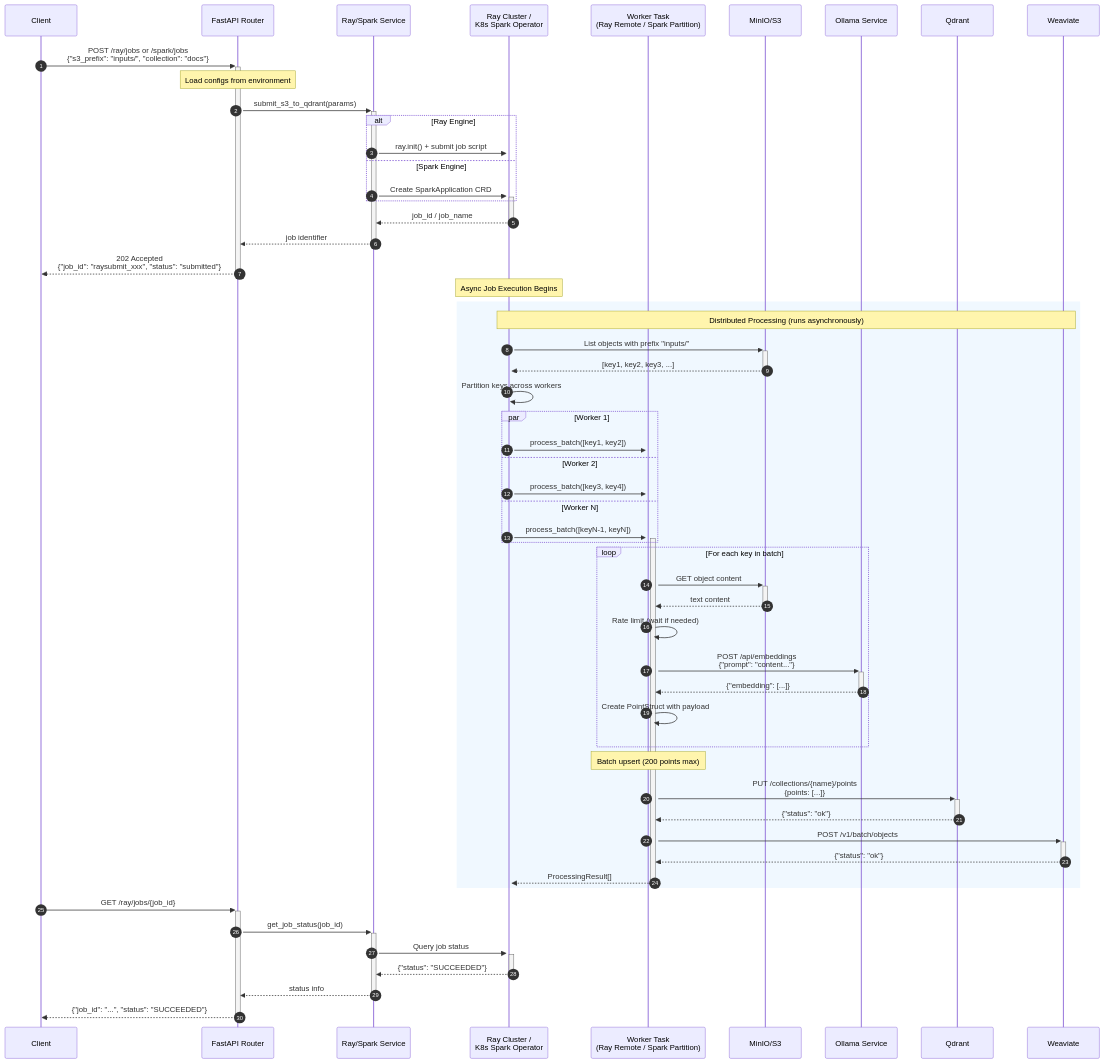
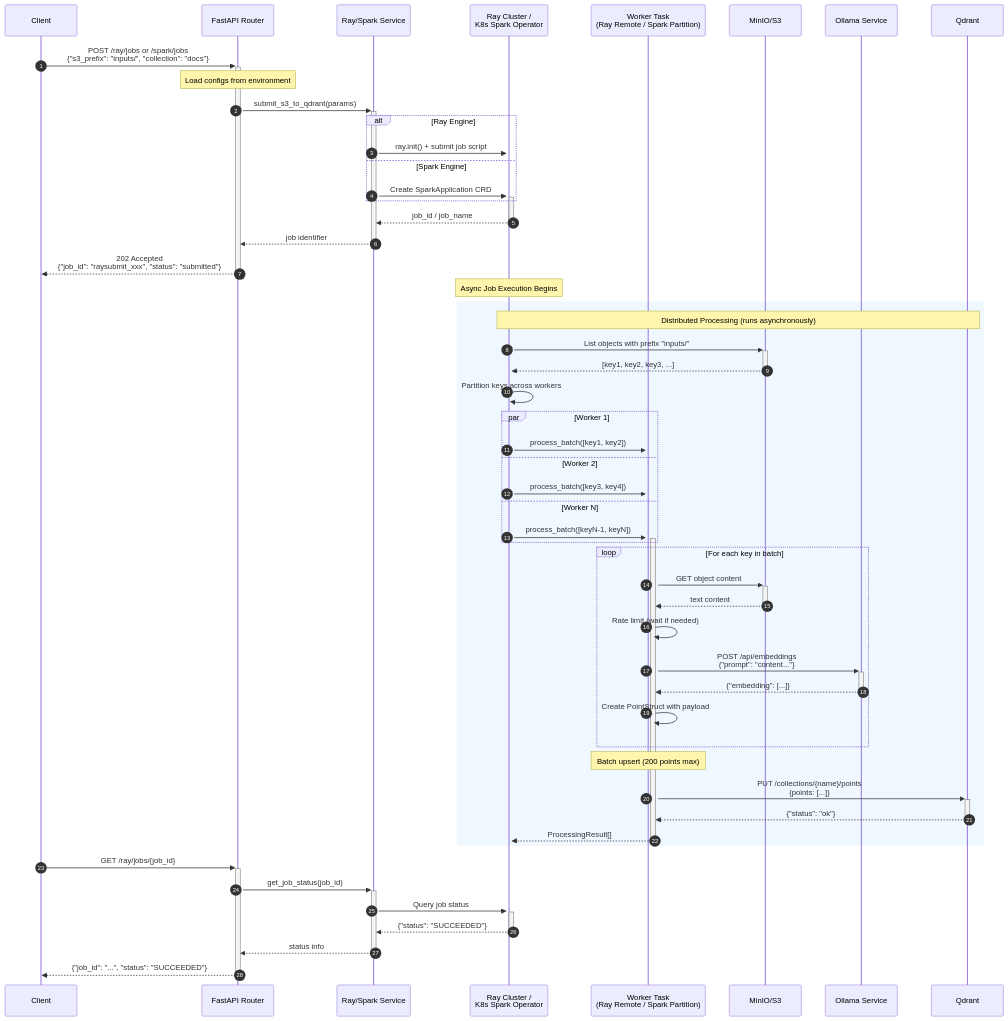
The diagram in charts/ingestion-engine-sequence.md (gt-sse-center/iNatInq), drawn with Mermaid before and after one commit. The commit also changed other lines of this file and 75 other files, not shown here.

````diff
--- a/charts/ingestion-engine-sequence.md
+++ b/charts/ingestion-engine-sequence.md
@@ -3,77 +3,73 @@
 ```mermaid
 sequenceDiagram
     autonumber
     participant C as Client
     participant API as FastAPI Router
     participant SVC as Ray/Spark Service
     participant Cluster as Ray Cluster /<br/>K8s Spark Operator
     participant Worker as Worker Task<br/>(Ray Remote / Spark Partition)
     participant S3 as MinIO/S3
     participant Ollama as Ollama Service
     participant Qdrant as Qdrant
-    participant Weaviate as Weaviate
 
     C->>+API: POST /ray/jobs or /spark/jobs<br/>{"s3_prefix": "inputs/", "collection": "docs"}
 
     Note over API: Load configs from environment
     
     API->>+SVC: submit_s3_to_qdrant(params)
     
     alt Ray Engine
         SVC->>+Cluster: ray.init() + submit job script
     else Spark Engine
         SVC->>+Cluster: Create SparkApplication CRD
     end
     
     Cluster-->>-SVC: job_id / job_name
     SVC-->>-API: job identifier
     API-->>-C: 202 Accepted<br/>{"job_id": "raysubmit_xxx", "status": "submitted"}
 
     Note over Cluster: Async Job Execution Begins
 
     rect rgb(240, 248, 255)
-        Note over Cluster,Weaviate: Distributed Processing (runs asynchronously)
+        Note over Cluster,Qdrant: Distributed Processing (runs asynchronously)
         
         Cluster->>+S3: List objects with prefix "inputs/"
         S3-->>-Cluster: [key1, key2, key3, ...]
         
         Cluster->>Cluster: Partition keys across workers
         
         par Worker 1
             Cluster->>+Worker: process_batch([key1, key2])
         and Worker 2
             Cluster->>+Worker: process_batch([key3, key4])
         and Worker N
             Cluster->>+Worker: process_batch([keyN-1, keyN])
         end
         
         loop For each key in batch
             Worker->>+S3: GET object content
             S3-->>-Worker: text content
             
             Worker->>Worker: Rate limit (wait if needed)
             
             Worker->>+Ollama: POST /api/embeddings<br/>{"prompt": "content..."}
             Ollama-->>-Worker: {"embedding": [...]}
             
             Worker->>Worker: Create PointStruct with payload
         end
         
         Note over Worker: Batch upsert (200 points max)
         
         Worker->>+Qdrant: PUT /collections/{name}/points<br/>{points: [...]}
         Qdrant-->>-Worker: {"status": "ok"}
         
-        Worker->>+Weaviate: POST /v1/batch/objects
-        Weaviate-->>-Worker: {"status": "ok"}
-        
         Worker-->>-Cluster: ProcessingResult[]
     end
 
     C->>+API: GET /ray/jobs/{job_id}
     API->>+SVC: get_job_status(job_id)
     SVC->>+Cluster: Query job status
     Cluster-->>-SVC: {"status": "SUCCEEDED"}
     SVC-->>-API: status info
     API-->>-C: {"job_id": "...", "status": "SUCCEEDED"}
 ```
````
